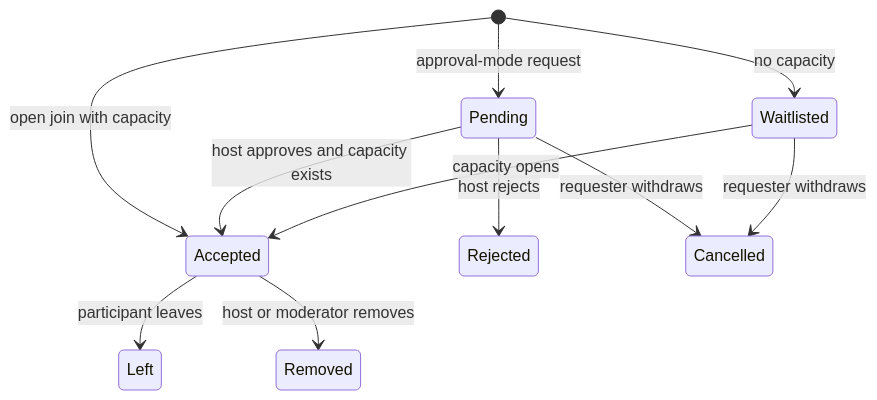
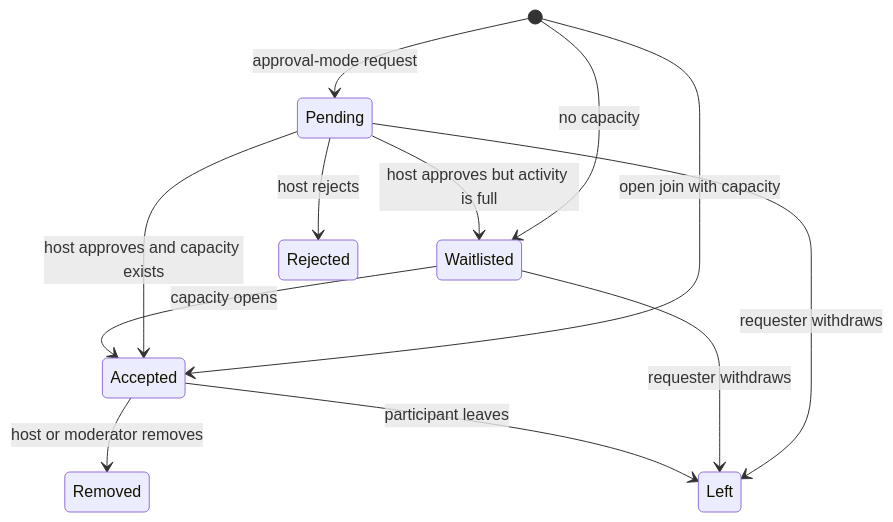
The ninth of 14 diagrams in docs/system-design.md (ansh0eman/NearHere), drawn with Mermaid before and after one commit. The commit also changed other lines of this file and 19 other files, not shown here.

Commit message:
Complete participation management flow

````diff
--- a/docs/system-design.md
+++ b/docs/system-design.md
@@ -207,13 +207,14 @@
 ```mermaid
 stateDiagram-v2
     [*] --> Pending: approval-mode request
     [*] --> Accepted: open join with capacity
     [*] --> Waitlisted: no capacity
     Pending --> Accepted: host approves and capacity exists
+    Pending --> Waitlisted: host approves but activity is full
     Pending --> Rejected: host rejects
-    Pending --> Cancelled: requester withdraws
+    Pending --> Left: requester withdraws
     Waitlisted --> Accepted: capacity opens
-    Waitlisted --> Cancelled: requester withdraws
+    Waitlisted --> Left: requester withdraws
     Accepted --> Left: participant leaves
     Accepted --> Removed: host or moderator removes
 ```
````
